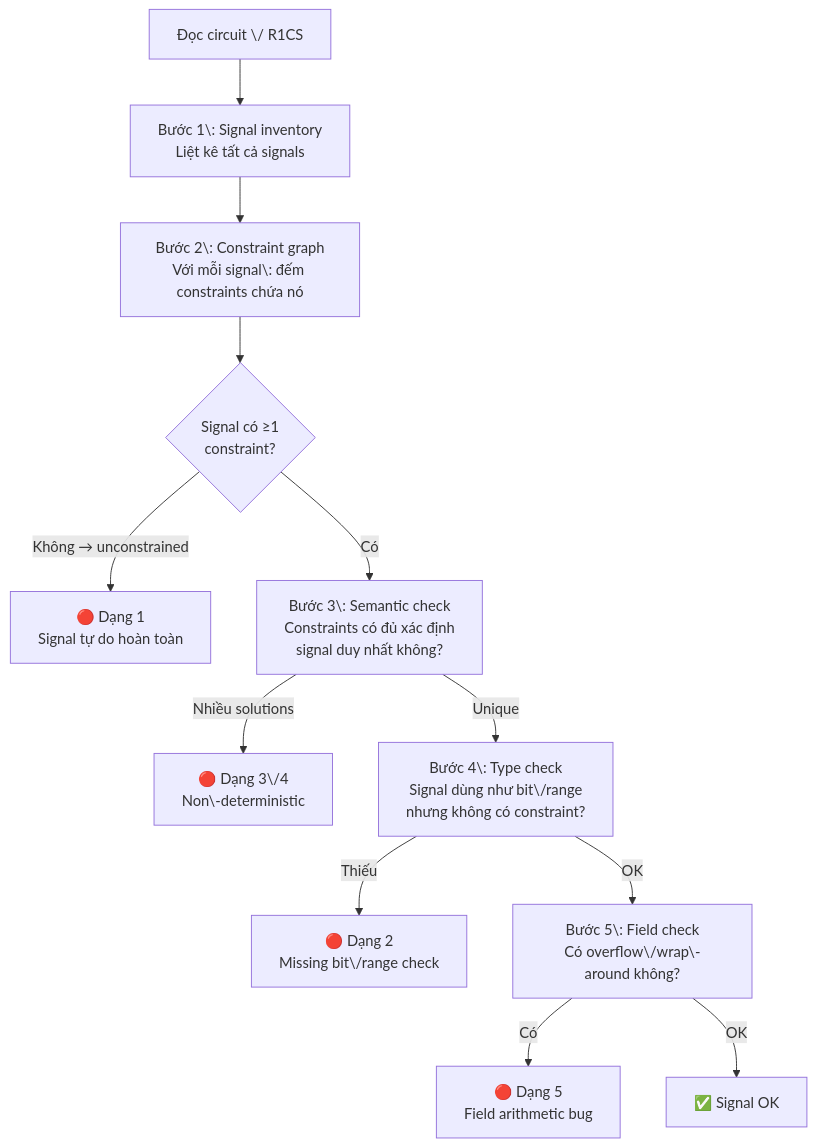
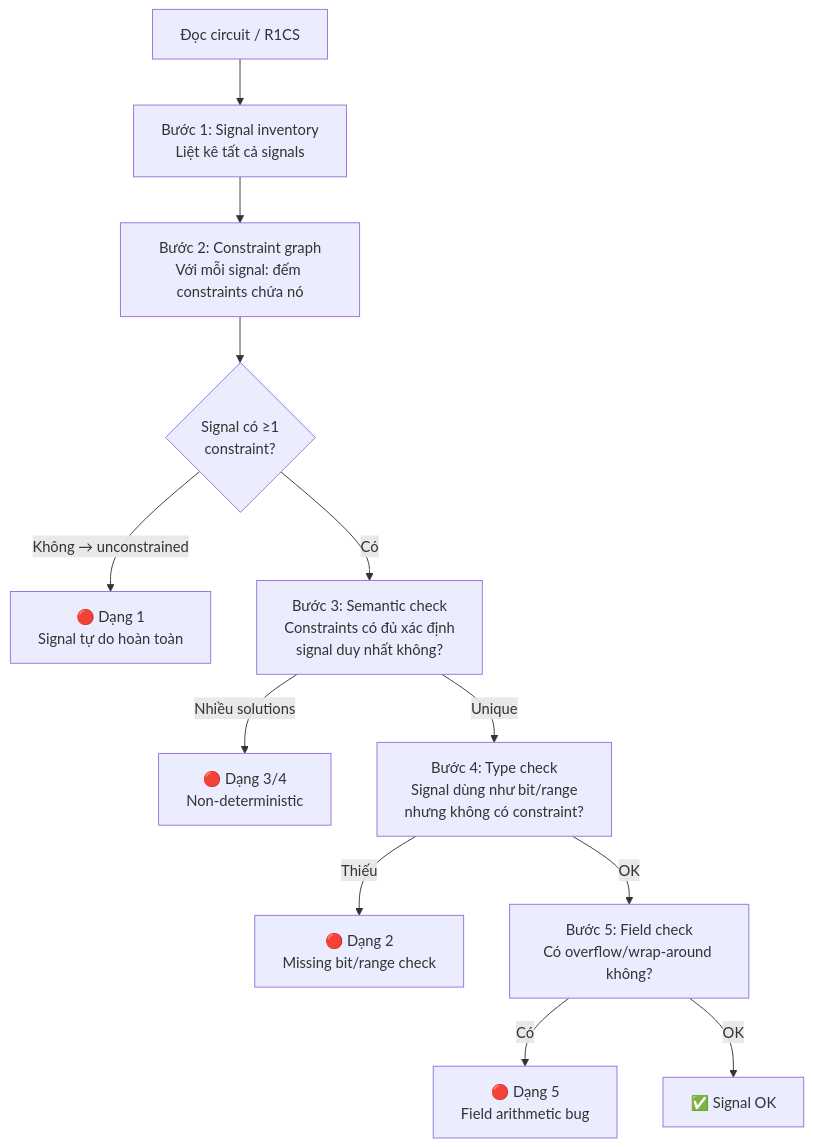
The second of 3 diagrams in content/zkverify-series/arithmetic-circuits/11-under-constrained-circuits.md (nhatminh65537/kitsu-quartz), drawn with Mermaid before and after one commit. The commit also changed other lines of this file and 127 other files, not shown here.

````diff
--- a/content/zkverify-series/arithmetic-circuits/11-under-constrained-circuits.md
+++ b/content/zkverify-series/arithmetic-circuits/11-under-constrained-circuits.md
@@ -301,14 +301,14 @@
 ```mermaid
 flowchart TD
-    A["Đọc circuit \/ R1CS"] --> B["Bước 1\: Signal inventory<br>Liệt kê tất cả signals"]
-    B --> C["Bước 2\: Constraint graph<br>Với mỗi signal\: đếm constraints chứa nó"]
+    A["Đọc circuit / R1CS"] --> B["Bước 1: Signal inventory<br>Liệt kê tất cả signals"]
+    B --> C["Bước 2: Constraint graph<br>Với mỗi signal: đếm constraints chứa nó"]
     C --> D{"Signal có ≥1<br>constraint?"}
     D -->|"Không → unconstrained"| E["🔴 Dạng 1<br>Signal tự do hoàn toàn"]
-    D -->|"Có"| F["Bước 3\: Semantic check<br>Constraints có đủ xác định<br>signal duy nhất không?"]
-    F -->|"Nhiều solutions"| G["🔴 Dạng 3\/4<br>Non\-deterministic"]
-    F -->|"Unique"| H["Bước 4\: Type check<br>Signal dùng như bit\/range<br>nhưng không có constraint?"]
-    H -->|"Thiếu"| I["🔴 Dạng 2<br>Missing bit\/range check"]
-    H -->|"OK"| J["Bước 5\: Field check<br>Có overflow\/wrap\-around không?"]
+    D -->|"Có"| F["Bước 3: Semantic check<br>Constraints có đủ xác định<br>signal duy nhất không?"]
+    F -->|"Nhiều solutions"| G["🔴 Dạng 3/4<br>Non-deterministic"]
+    F -->|"Unique"| H["Bước 4: Type check<br>Signal dùng như bit/range<br>nhưng không có constraint?"]
+    H -->|"Thiếu"| I["🔴 Dạng 2<br>Missing bit/range check"]
+    H -->|"OK"| J["Bước 5: Field check<br>Có overflow/wrap-around không?"]
     J -->|"Có"| K["🔴 Dạng 5<br>Field arithmetic bug"]
     J -->|"OK"| L["✅ Signal OK"]
 ```
````
